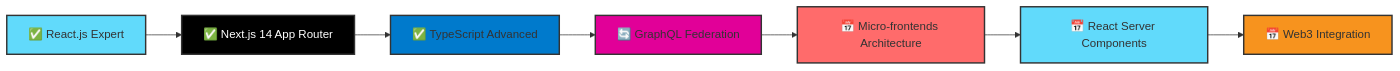
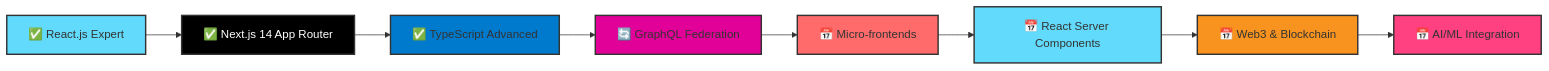
The diagram in README.md (maurya-sachin/maurya-sachin), drawn with Mermaid before and after one commit. The commit also changed other lines of this file, not shown here.

````diff
--- a/README.md
+++ b/README.md
@@ -778,17 +1271,19 @@
 ```mermaid
 graph LR
     A[✅ React.js Expert] --> B[✅ Next.js 14 App Router]
     B --> C[✅ TypeScript Advanced]
     C --> D[🔄 GraphQL Federation]
-    D --> E[📅 Micro-frontends Architecture]
+    D --> E[📅 Micro-frontends]
     E --> F[📅 React Server Components]
-    F --> G[📅 Web3 Integration]
+    F --> G[📅 Web3 & Blockchain]
+    G --> H[📅 AI/ML Integration]
 
     style A fill:#61DAFB,stroke:#333,stroke-width:2px
     style B fill:#000000,stroke:#333,stroke-width:2px,color:#ffffff
     style C fill:#007ACC,stroke:#333,stroke-width:2px
     style D fill:#E10098,stroke:#333,stroke-width:2px
     style E fill:#FF6B6B,stroke:#333,stroke-width:2px
     style F fill:#61DAFB,stroke:#333,stroke-width:2px
     style G fill:#F7931E,stroke:#333,stroke-width:2px
+    style H fill:#FF4081,stroke:#333,stroke-width:2px
 ```
````
